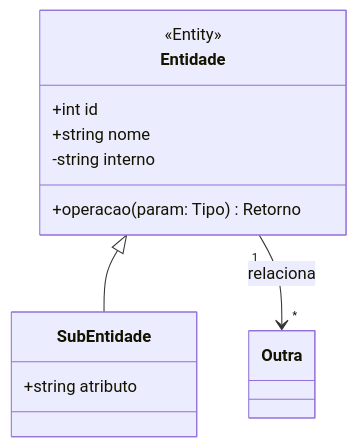
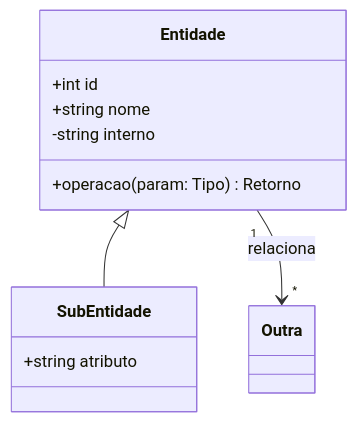
One commit to ronaldo227/serralheria-api changed the diagram in docs/README-modelagem.md. Above: the diagram before and after it, drawn with Mermaid. The commit also changed other lines of this file, not shown here.

Commit message:
docs: remove estereótipos UML do README de modelagem (template e convenções)

````diff
--- a/docs/README-modelagem.md
+++ b/docs/README-modelagem.md
@@ -34,15 +29,14 @@
 ```mermaid
 classDiagram
     class Entidade {
         +int id
         +string nome
         -string interno
         +operacao(param: Tipo) Retorno
     }
     class SubEntidade {
         +string atributo
     }
     Entidade <|-- SubEntidade
     Entidade "1" --> "*" Outra : relaciona
-    <<Entity>> Entidade
 ```
````
